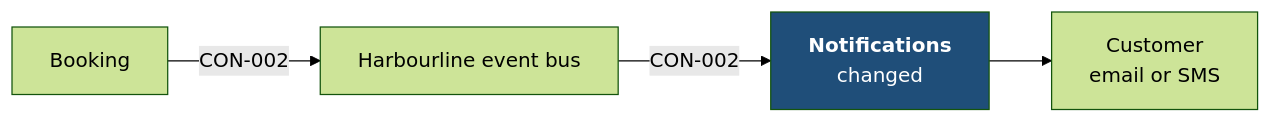
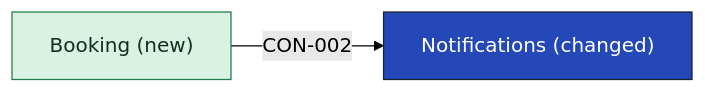
One commit to smalls257/vela changed the first of 2 diagrams in examples/unified-booking/05-building-blocks/notifications-building-blocks.md. Above: the diagram before and after it, drawn with Mermaid (forest theme). The commit also changed other lines of this file and 21 other files, not shown here.

First line of the commit message:
Draw context, system and app diagrams from the contracts

````diff
--- a/examples/unified-booking/05-building-blocks/notifications-building-blocks.md
+++ b/examples/unified-booking/05-building-blocks/notifications-building-blocks.md
@@ -30,12 +31,10 @@
 ```mermaid
 flowchart LR
-  bk["Booking"]
-  bus["Harbourline event bus"]
-  nt["<b>Notifications</b><br/>changed"]
-  cust["Customer<br/>email or SMS"]
-  bk -->|"CON-002"| bus
-  bus -->|"CON-002"| nt
-  nt --> cust
-  classDef focus fill:#1f4e79,color:#fff
-  class nt focus
+  n_APP_booking["Booking (new)"]
+  n_APP_notifications["Notifications (changed)"]
+  n_APP_booking -->|"CON-002"| n_APP_notifications
+  classDef focus fill:#2448b8,stroke:#19212d,color:#ffffff
+  classDef new fill:#d9f2e3,stroke:#1e7a46,color:#10301d
+  class n_APP_notifications focus
+  class n_APP_booking new
 ```
````
